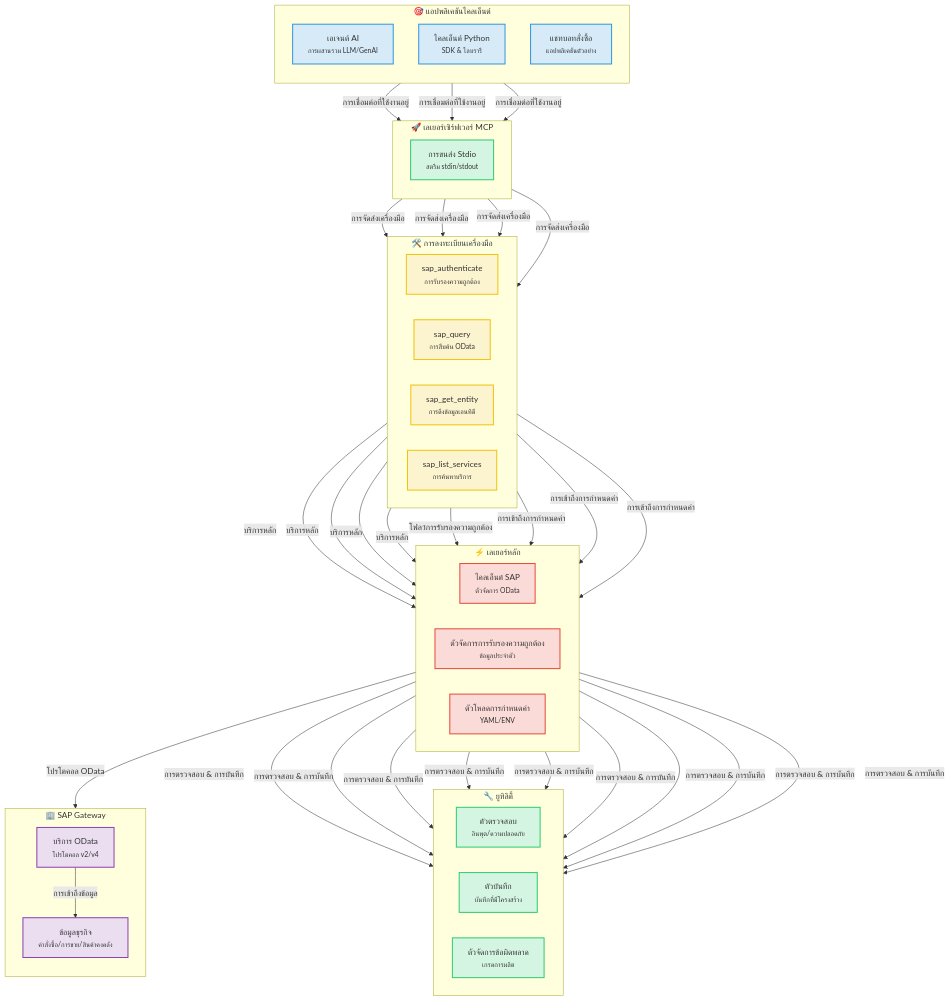
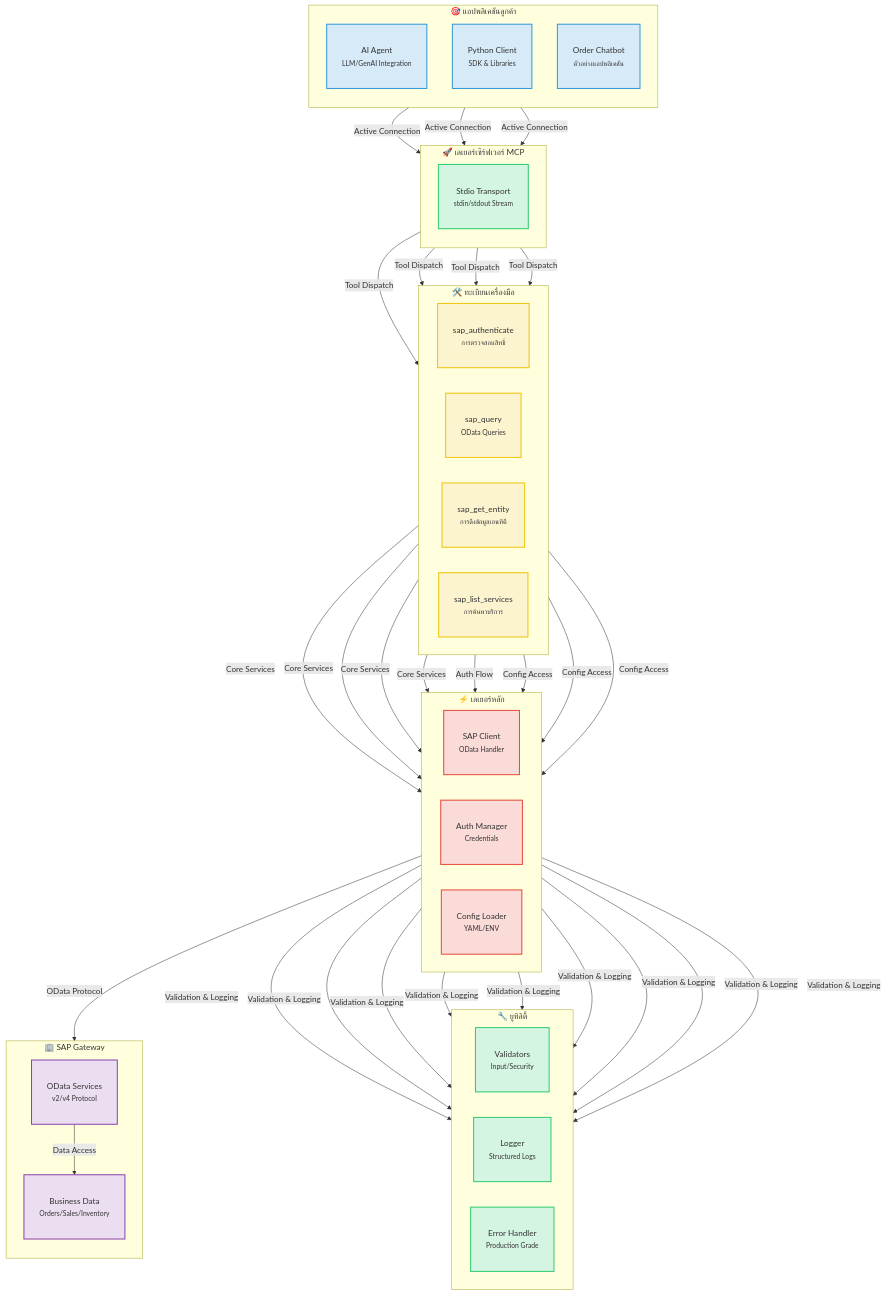
Before and after one commit to midasol/sap-mcp-server: the first of 5 diagrams in README.th.md, drawn with Mermaid. The commit also changed other lines of this file and 2 other files, not shown here.

````diff
--- a/README.th.md
+++ b/README.th.md
@@ -38,66 +41,66 @@
 ```mermaid
 graph TB
-    subgraph clients["🎯 แอปพลิเคชันไคลเอ็นต์"]
+    subgraph clients["🎯 แอปพลิเคชันลูกค้า"]
         direction TB
-        A1["เอเจนต์ AI<br/><small>การผสานรวม LLM/GenAI</small>"]
-        A2["ไคลเอ็นต์ Python<br/><small>SDK & ไลบรารี</small>"]
-        A3["แชทบอทสั่งซื้อ<br/><small>แอปพลิเคชันตัวอย่าง</small>"]
+        A1["AI Agent<br/><small>LLM/GenAI Integration</small>"]
+        A2["Python Client<br/><small>SDK & Libraries</small>"]
+        A3["Order Chatbot<br/><small>ตัวอย่างแอปพลิเคชัน</small>"]
     end
 
     subgraph transport["🚀 เลเยอร์เซิร์ฟเวอร์ MCP"]
         direction TB
-        B1["การขนส่ง Stdio<br/><small>สตรีม stdin/stdout</small>"]
+        B1["Stdio Transport<br/><small>stdin/stdout Stream</small>"]
     end
 
-    subgraph registry["🛠️ การลงทะเบียนเครื่องมือ"]
+    subgraph registry["🛠️ ทะเบียนเครื่องมือ"]
         direction LR
-        C1["sap_authenticate<br/><small>การรับรองความถูกต้อง</small>"]
-        C2["sap_query<br/><small>การสืบค้น OData</small>"]
+        C1["sap_authenticate<br/><small>การตรวจสอบสิทธิ์</small>"]
+        C2["sap_query<br/><small>OData Queries</small>"]
         C3["sap_get_entity<br/><small>การดึงข้อมูลเอนทิตี</small>"]
         C4["sap_list_services<br/><small>การค้นหาบริการ</small>"]
     end
 
     subgraph core["⚡ เลเยอร์หลัก"]
         direction LR
-        D1["ไคลเอ็นต์ SAP<br/><small>ตัวจัดการ OData</small>"]
-        D2["ตัวจัดการการรับรองความถูกต้อง<br/><small>ข้อมูลประจำตัว</small>"]
-        D3["ตัวโหลดการกำหนดค่า<br/><small>YAML/ENV</small>"]
+        D1["SAP Client<br/><small>OData Handler</small>"]
+        D2["Auth Manager<br/><small>Credentials</small>"]
+        D3["Config Loader<br/><small>YAML/ENV</small>"]
     end
 
     subgraph utils["🔧 ยูทิลิตี้"]
         direction LR
-        E1["ตัวตรวจสอบ<br/><small>อินพุต/ความปลอดภัย</small>"]
-        E2["ตัวบันทึก<br/><small>บันทึกที่มีโครงสร้าง</small>"]
-        E3["ตัวจัดการข้อผิดพลาด<br/><small>เกรดการผลิต</small>"]
+        E1["Validators<br/><small>Input/Security</small>"]
+        E2["Logger<br/><small>Structured Logs</small>"]
+        E3["Error Handler<br/><small>Production Grade</small>"]
     end
 
     subgraph sap["🏢 SAP Gateway"]
         direction TB
-        F1["บริการ OData<br/><small>โปรโตคอล v2/v4</small>"]
-        F2["ข้อมูลธุรกิจ<br/><small>คำสั่งซื้อ/การขาย/สินค้าคงคลัง</small>"]
+        F1["OData Services<br/><small>v2/v4 Protocol</small>"]
+        F2["Business Data<br/><small>Orders/Sales/Inventory</small>"]
     end
 
-    A1 & A2 & A3 -->|การเชื่อมต่อที่ใช้งานอยู่| B1
-    B1 -->|การจัดส่งเครื่องมือ| C1 & C2 & C3 & C4
-    C1 & C2 & C3 & C4 -->|บริการหลัก| D1
-    C1 -->|โฟลว์การรับรองความถูกต้อง| D2
-    C2 & C3 & C4 -->|การเข้าถึงการกำหนดค่า| D3
-    D1 & D2 & D3 -->|การตรวจสอบ & การบันทึก| E1 & E2 & E3
-    D1 -->|โปรโตคอล OData| F1
-    F1 -->|การเข้าถึงข้อมูล| F2
+    A1 & A2 & A3 -->|Active Connection| B1
+    B1 -->|Tool Dispatch| C1 & C2 & C3 & C4
+    C1 & C2 & C3 & C4 -->|Core Services| D1
+    C1 -->|Auth Flow| D2
+    C2 & C3 & C4 -->|Config Access| D3
+    D1 & D2 & D3 -->|Validation & Logging| E1 & E2 & E3
+    D1 -->|OData Protocol| F1
+    F1 -->|Data Access| F2
 
-    classDef clientNode fill:#D6EAF8,stroke:#3498DB,stroke-width:2px
-    classDef transportNode fill:#D5F5E3,stroke:#2ECC71,stroke-width:2px
+    classDef clientNode fill:#D6EAF8,stroke:#3498DB,stroke-width:2px,padding:20px
+    classDef transportNode fill:#D5F5E3,stroke:#2ECC71,stroke-width:2px,padding:20px
     classDef futureNode fill:#E8E8E8,stroke:#999999,stroke-width:2px,stroke-dasharray:5 5
-    classDef toolNode fill:#FCF3CF,stroke:#F1C40F,stroke-width:2px
-    classDef coreNode fill:#FADBD8,stroke:#E74C3C,stroke-width:2px
-    classDef utilNode fill:#D5F5E3,stroke:#2ECC71,stroke-width:2px
-    classDef sapNode fill:#EBDEF0,stroke:#8E44AD,stroke-width:2px
+    classDef toolNode fill:#FCF3CF,stroke:#F1C40F,stroke-width:2px,padding:20px
+    classDef coreNode fill:#FADBD8,stroke:#E74C3C,stroke-width:2px,padding:20px
+    classDef utilNode fill:#D5F5E3,stroke:#2ECC71,stroke-width:2px,padding:20px
+    classDef sapNode fill:#EBDEF0,stroke:#8E44AD,stroke-width:2px,padding:20px
 
     class A1,A2,A3 clientNode
     class B1 transportNode
     class C1,C2,C3,C4 toolNode
     class D1,D2,D3 coreNode
     class E1,E2,E3 utilNode
     class F1,F2 sapNode
 ```
````
